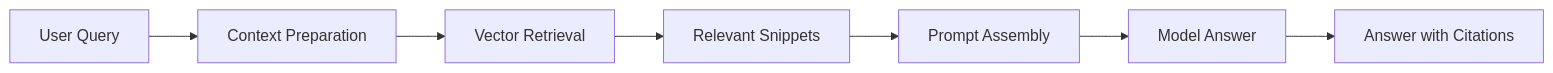
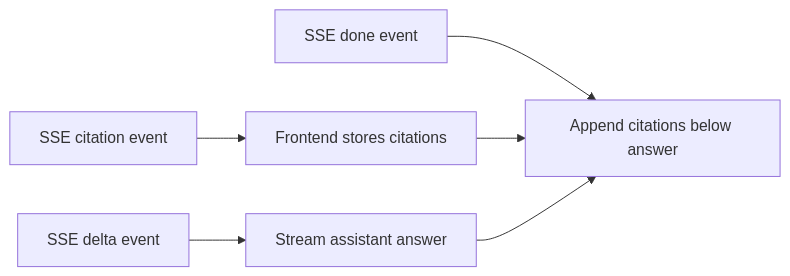
Before and after one commit to billzi2016/chinapost-internship: the third of 6 diagrams in docs-site/docs/en/rag-architecture.md, drawn with Mermaid. The commit also changed other lines of this file and 10 other files, not shown here.

````diff
--- a/docs-site/docs/en/rag-architecture.md
+++ b/docs-site/docs/en/rag-architecture.md
@@ -38,9 +116,8 @@
 ```mermaid
 flowchart LR
-    A[User Query] --> B[Context Preparation]
-    B --> C[Vector Retrieval]
-    C --> D[Relevant Snippets]
-    D --> E[Prompt Assembly]
-    E --> F[Model Answer]
-    F --> G[Answer with Citations]
+    A[SSE citation event] --> B[Frontend stores citations]
+    C[SSE delta event] --> D[Stream assistant answer]
+    E[SSE done event] --> F[Append citations below answer]
+    B --> F
+    D --> F
 ```
````
